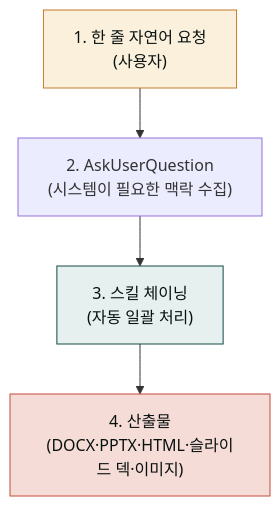
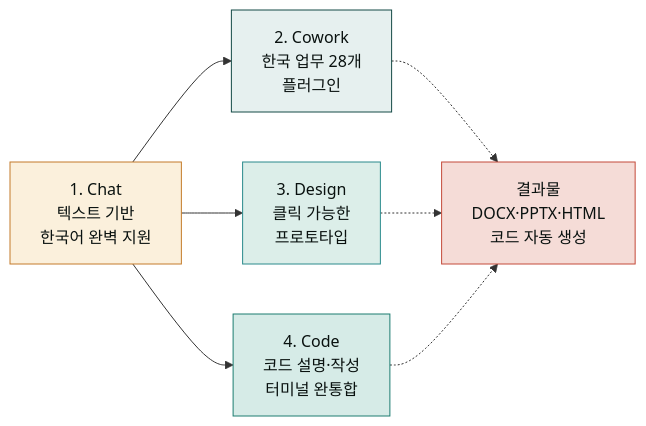
One commit to modu-ai/claude changed the first of 2 diagrams in content/_index.md. Above: the diagram before and after it, drawn with Mermaid. The commit also changed other lines of this file and 96 other files, not shown here.

First line of the commit message:
docs(docs-site): 모두의 클로드 재설계 — Chat/Code/Design 섹션 + 플러그인 서브페이지 + 릴리스 노트

````diff
--- a/content/_index.md
+++ b/content/_index.md
@@ -60,9 +58,16 @@
 ```mermaid
-flowchart TD
-    A["1. 한 줄 자연어 요청<br/>(사용자)"] --> B["2. AskUserQuestion<br/>(시스템이 필요한 맥락 수집)"]
-    B --> C["3. 스킬 체이닝<br/>(자동 일괄 처리)"]
-    C --> D["4. 산출물<br/>(DOCX·PPTX·HTML·슬라이드 덱·이미지)"]
+flowchart LR
+    A["1. Chat<br/>텍스트 기반<br/>한국어 완벽 지원"] --> B["2. Cowork<br/>한국 업무 28개<br/>플러그인"]
+    A --> C["3. Design<br/>클릭 가능한<br/>프로토타입"]
+    A --> D["4. Code<br/>코드 설명·작성<br/>터미널 완통합"]
+    
+    B -.-> G["결과물<br/>DOCX·PPTX·HTML<br/>코드 자동 생성"]
+    C -.-> G
+    D -.-> G
+    
     style A fill:#fbf0dc,stroke:#c47b2a,color:#09110f
-    style C fill:#e6f0ef,stroke:#144a46,color:#09110f
-    style D fill:#f5dcd7,stroke:#c44a3a,color:#09110f
+    style B fill:#e6f0ef,stroke:#144a46,color:#09110f
+    style C fill:#dceee9,stroke:#2a8a8c,color:#09110f
+    style D fill:#d6ebe7,stroke:#1c7c70,color:#09110f
+    style G fill:#f5dcd7,stroke:#c44a3a,color:#09110f
 ```
````
